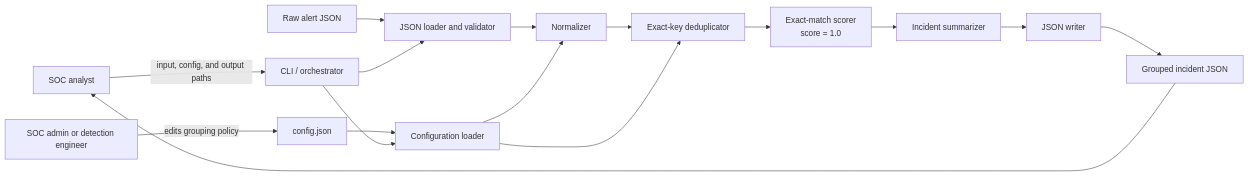
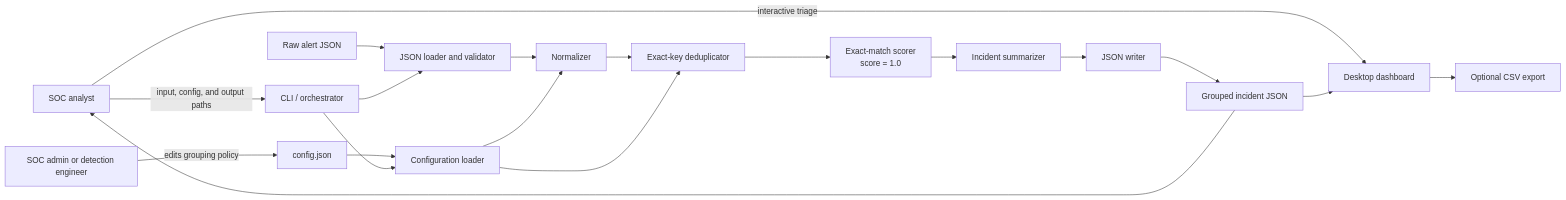
Before and after one commit to saltyma/soc-alert-deduplicator: the diagram in docs/architecture.md, drawn with Mermaid. The commit also changed other lines of this file and 25 other files, not shown here.

Commit message:
Complete SOC Alert Deduplicator v1 with desktop GUI

````diff
--- a/docs/architecture.md
+++ b/docs/architecture.md
@@ -33,18 +33,21 @@
 ```mermaid
 flowchart LR
     Analyst["SOC analyst"] -->|"input, config, and output paths"| CLI["CLI / orchestrator"]
+    Analyst -->|"interactive triage"| GUI["Desktop dashboard"]
     Admin["SOC admin or detection engineer"] -->|"edits grouping policy"| ConfigFile["config.json"]
     InputFile["Raw alert JSON"] --> Loader["JSON loader and validator"]
     ConfigFile --> ConfigLoader["Configuration loader"]
     CLI --> Loader
     CLI --> ConfigLoader
     Loader --> Normalizer["Normalizer"]
     ConfigLoader --> Normalizer
     Normalizer --> Grouper["Exact-key deduplicator"]
     ConfigLoader --> Grouper
     Grouper --> Scorer["Exact-match scorer<br/>score = 1.0"]
     Scorer --> Summarizer["Incident summarizer"]
     Summarizer --> Writer["JSON writer"]
     Writer --> OutputFile["Grouped incident JSON"]
     OutputFile --> Analyst
+    OutputFile --> GUI
+    GUI --> CSVFile["Optional CSV export"]
 ```
````
